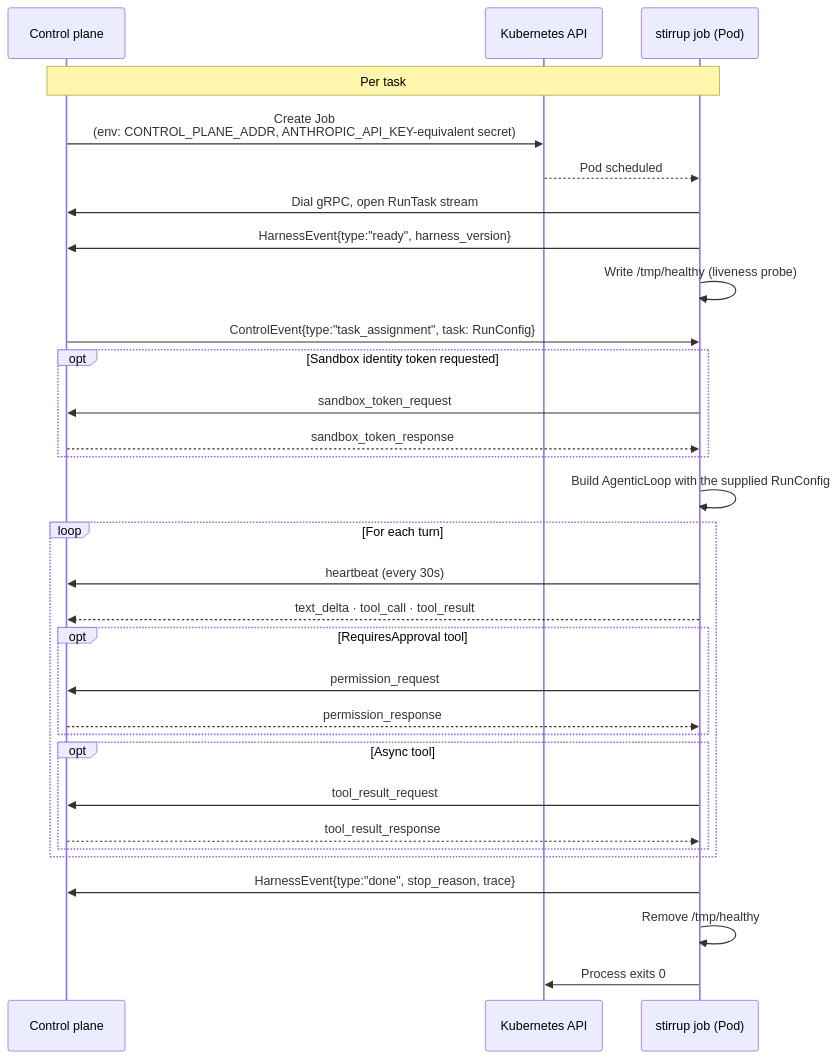
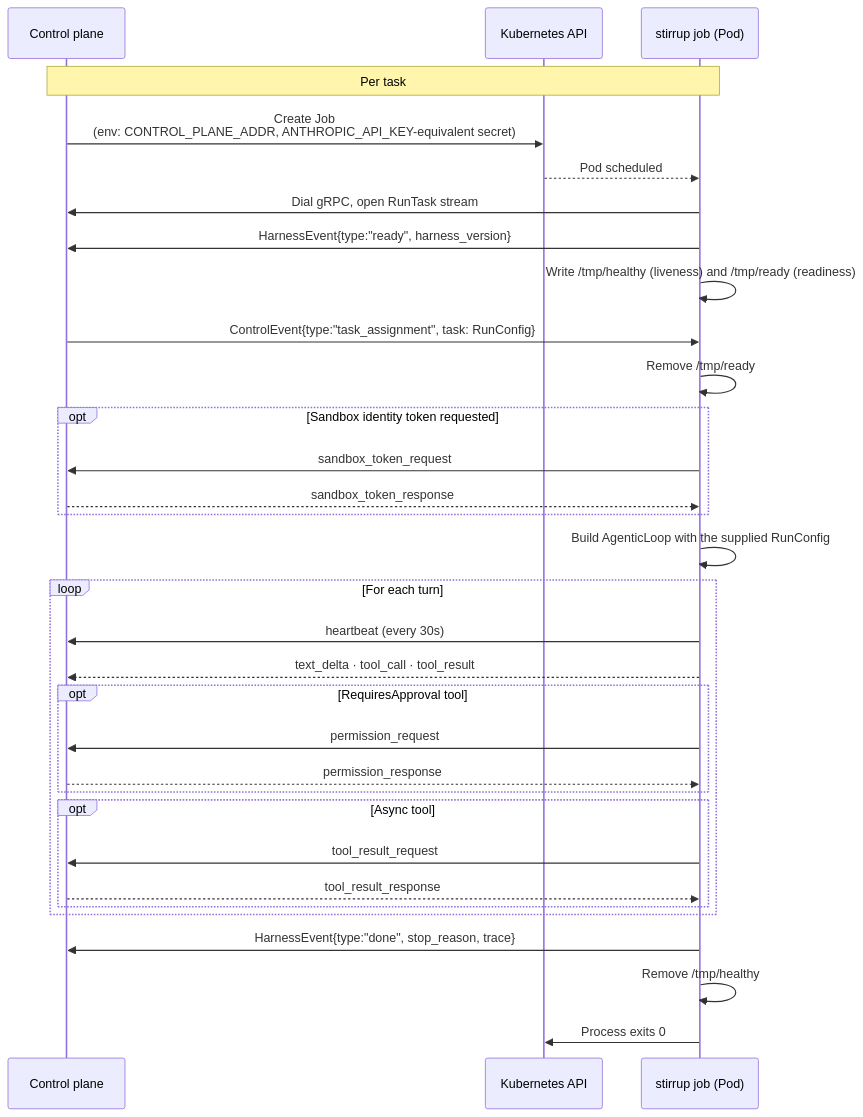
One commit to rxbynerd/stirrup changed the diagram in docs/deployment.md. Above: the diagram before and after it, drawn with Mermaid. The commit also changed other lines of this file and 2 other files, not shown here.

First line of the commit message:
docs: document the healthcheck probe recipe

````diff
--- a/docs/deployment.md
+++ b/docs/deployment.md
@@ -11,33 +11,34 @@
 ```mermaid
 sequenceDiagram
     participant CP as Control plane
     participant K as Kubernetes API
     participant H as stirrup job (Pod)
     Note over CP,H: Per task
     CP->>K: Create Job<br/>(env: CONTROL_PLANE_ADDR, ANTHROPIC_API_KEY-equivalent secret)
     K-->>H: Pod scheduled
     H->>CP: Dial gRPC, open RunTask stream
     H->>CP: HarnessEvent{type:"ready", harness_version}
-    H->>H: Write /tmp/healthy (liveness probe)
+    H->>H: Write /tmp/healthy (liveness) and /tmp/ready (readiness)
     CP->>H: ControlEvent{type:"task_assignment", task: RunConfig}
+    H->>H: Remove /tmp/ready
     opt Sandbox identity token requested
         H->>CP: sandbox_token_request
         CP-->>H: sandbox_token_response
     end
     H->>H: Build AgenticLoop with the supplied RunConfig
     loop For each turn
         H->>CP: heartbeat (every 30s)
         H-->>CP: text_delta · tool_call · tool_result
         opt RequiresApproval tool
             H->>CP: permission_request
             CP-->>H: permission_response
         end
         opt Async tool
             H->>CP: tool_result_request
             CP-->>H: tool_result_response
         end
     end
     H->>CP: HarnessEvent{type:"done", stop_reason, trace}
     H->>H: Remove /tmp/healthy
     H->>K: Process exits 0
 ```
````
